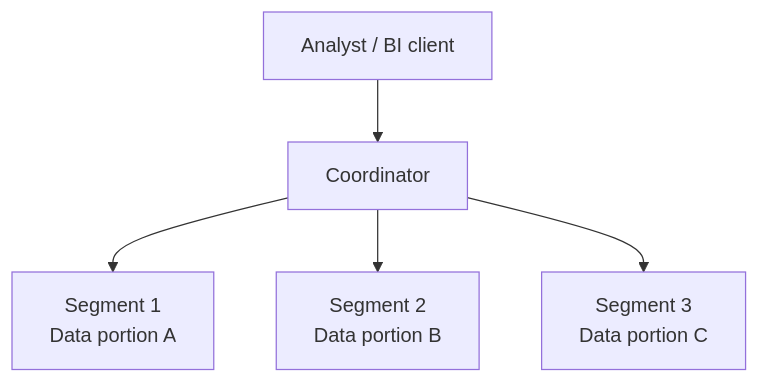
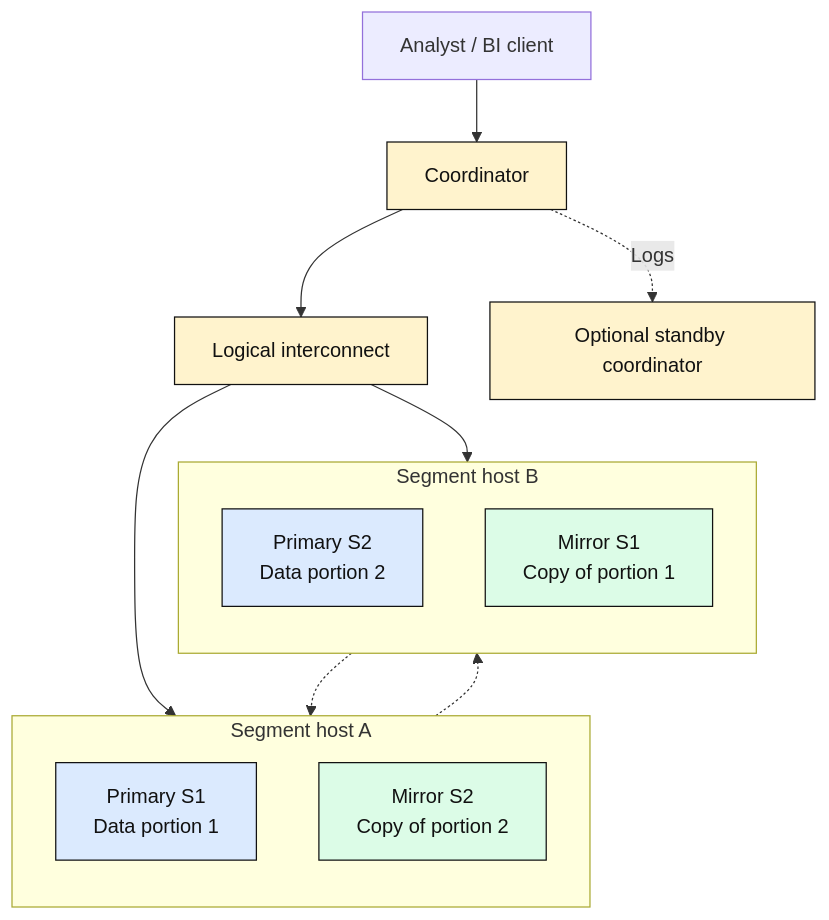
Before and after one commit to GasimV/Self-Study-Tech-Projects: the third of 9 diagrams in System-Design/Databases-and-Storage.md, drawn with Mermaid. The commit also changed other lines of this file, not shown here.

Commit message:
docs: Expanded the Greenplum subsection with the analogy, component table, architecture diagram, query walkthrough, and availability explanation.

````diff
--- a/System-Design/Databases-and-Storage.md
+++ b/System-Design/Databases-and-Storage.md
@@ -165,7 +199,30 @@
 ```mermaid
 flowchart TB
     CLIENT["Analyst / BI client"] --> COORD["Coordinator"]
-    COORD --> S1["Segment 1<br/>Data portion A"]
-    COORD --> S2["Segment 2<br/>Data portion B"]
-    COORD --> S3["Segment 3<br/>Data portion C"]
+    COORD --> NET["Logical interconnect"]
+    COORD -.->|"Logs"| STANDBY["Optional standby coordinator"]
+
+    subgraph HOST_A["Segment host A"]
+        direction TB
+        P1["Primary S1<br/>Data portion 1"]
+        M2["Mirror S2<br/>Copy of portion 2"]
+    end
+
+    subgraph HOST_B["Segment host B"]
+        direction TB
+        P2["Primary S2<br/>Data portion 2"]
+        M1["Mirror S1<br/>Copy of portion 1"]
+    end
+
+    NET --> P1
+    NET --> P2
+    P1 -.-> M1
+    P2 -.-> M2
+
+    classDef coordinator fill:#fff3cd,stroke:#111,color:#111
+    classDef primary fill:#dbeafe,stroke:#111,color:#111
+    classDef mirror fill:#dcfce7,stroke:#111,color:#111
+    class COORD,STANDBY,NET coordinator
+    class P1,P2 primary
+    class M1,M2 mirror
 ```
````
